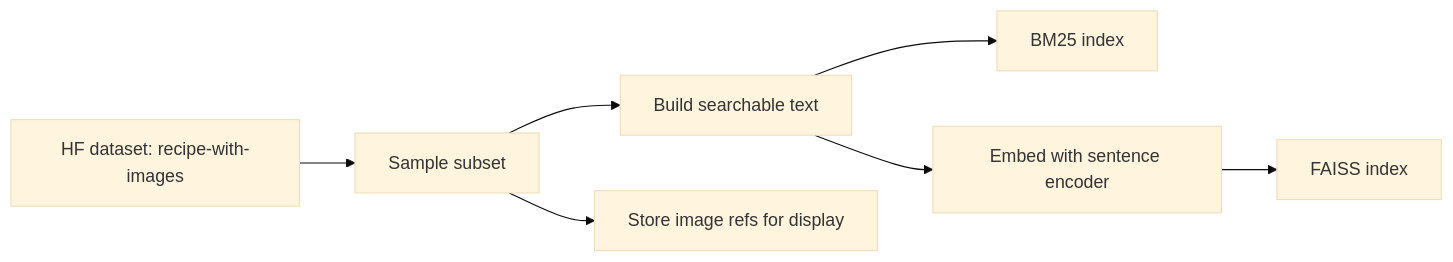
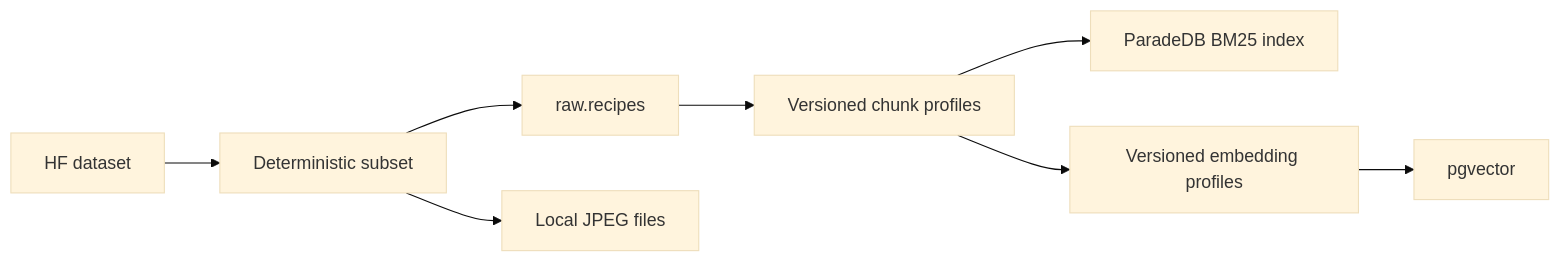
Before and after one commit to Anlele1701/UIT_IS6303_RecipeRetrieval: the second of 2 diagrams in docs/05_SYSTEM_ARCHITECTURE.md, drawn with Mermaid (base theme). The commit also changed other lines of this file and 24 other files, not shown here.

````diff
--- a/docs/05_SYSTEM_ARCHITECTURE.md
+++ b/docs/05_SYSTEM_ARCHITECTURE.md
@@ -36,9 +40,10 @@
 ```mermaid
 flowchart LR
-    HF[HF dataset: recipe-with-images] --> Sub[Sample subset]
-    Sub --> Norm[Build searchable text]
-    Norm --> BM25idx[BM25 index]
-    Norm --> Emb[Embed with sentence encoder]
-    Emb --> Vec[FAISS index]
-    Sub --> ImgStore[Store image refs for display]
+    HF[HF dataset] --> Sub[Deterministic subset]
+    Sub --> Raw[raw.recipes]
+    Sub --> ImgStore[Local JPEG files]
+    Raw --> Chunk[Versioned chunk profiles]
+    Chunk --> BM25idx[ParadeDB BM25 index]
+    Chunk --> Emb[Versioned embedding profiles]
+    Emb --> Vec[pgvector]
 ```
````
